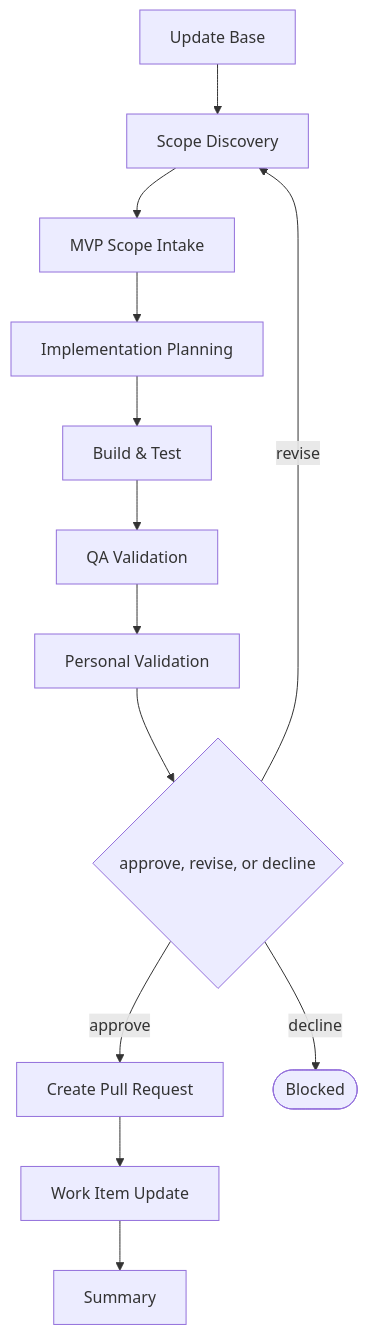
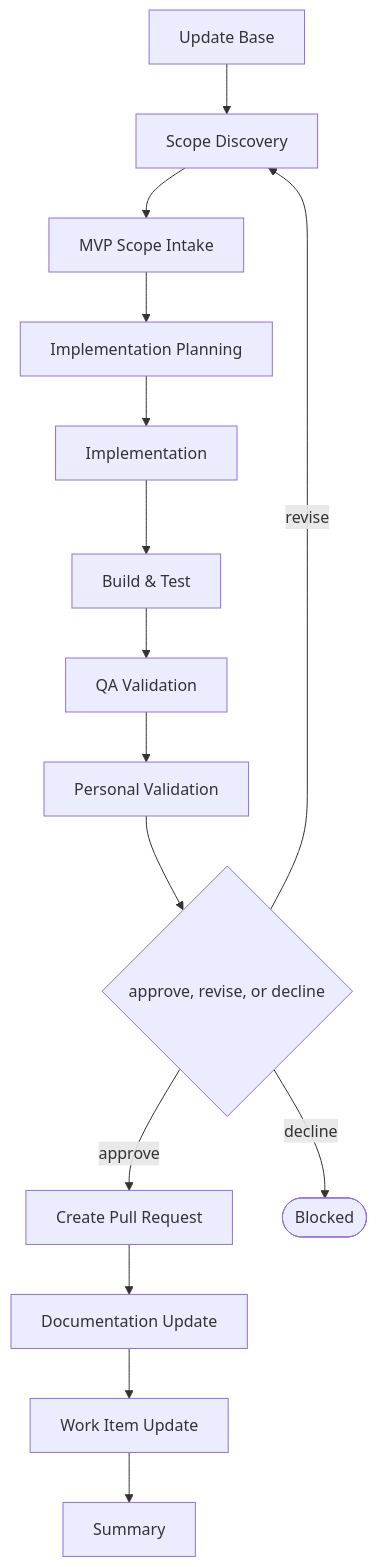
The diagram in .devbook/domain/delivery/flow.flow-create-mvp.md (JSdotNet/ai-agent-stack), drawn with Mermaid before and after one commit. The commit also changed 10 other files, not shown here.

First line of the commit message:
Draw the phases the flows actually run

````diff
--- a/.devbook/domain/delivery/flow.flow-create-mvp.md
+++ b/.devbook/domain/delivery/flow.flow-create-mvp.md
@@ -14,26 +14,30 @@
 ```mermaid
 flowchart TD
     base["Update Base"]
     s0["Scope Discovery"]
     s1["MVP Scope Intake"]
     s2["Implementation Planning"]
+    s3["Implementation"]
     c0["Build & Test"]
     c1["QA Validation"]
     c2["Personal Validation"]
 
     base --> s0
     s0 --> s1
     s1 --> s2
-    s2 --> c0
+    s2 --> s3
+    s3 --> c0
     c0 --> c1
     c1 --> c2
     c2 --> g{"approve, revise, or decline"}
     t0["Create Pull Request"]
-    t1["Work Item Update"]
-    t2["Summary"]
+    t1["Documentation Update"]
+    t2["Work Item Update"]
+    t3["Summary"]
     g -->|approve| t0
     t0 --> t1
     t1 --> t2
+    t2 --> t3
     g -->|revise| s0
     g -->|decline| blocked(["Blocked"])
 ```
````
